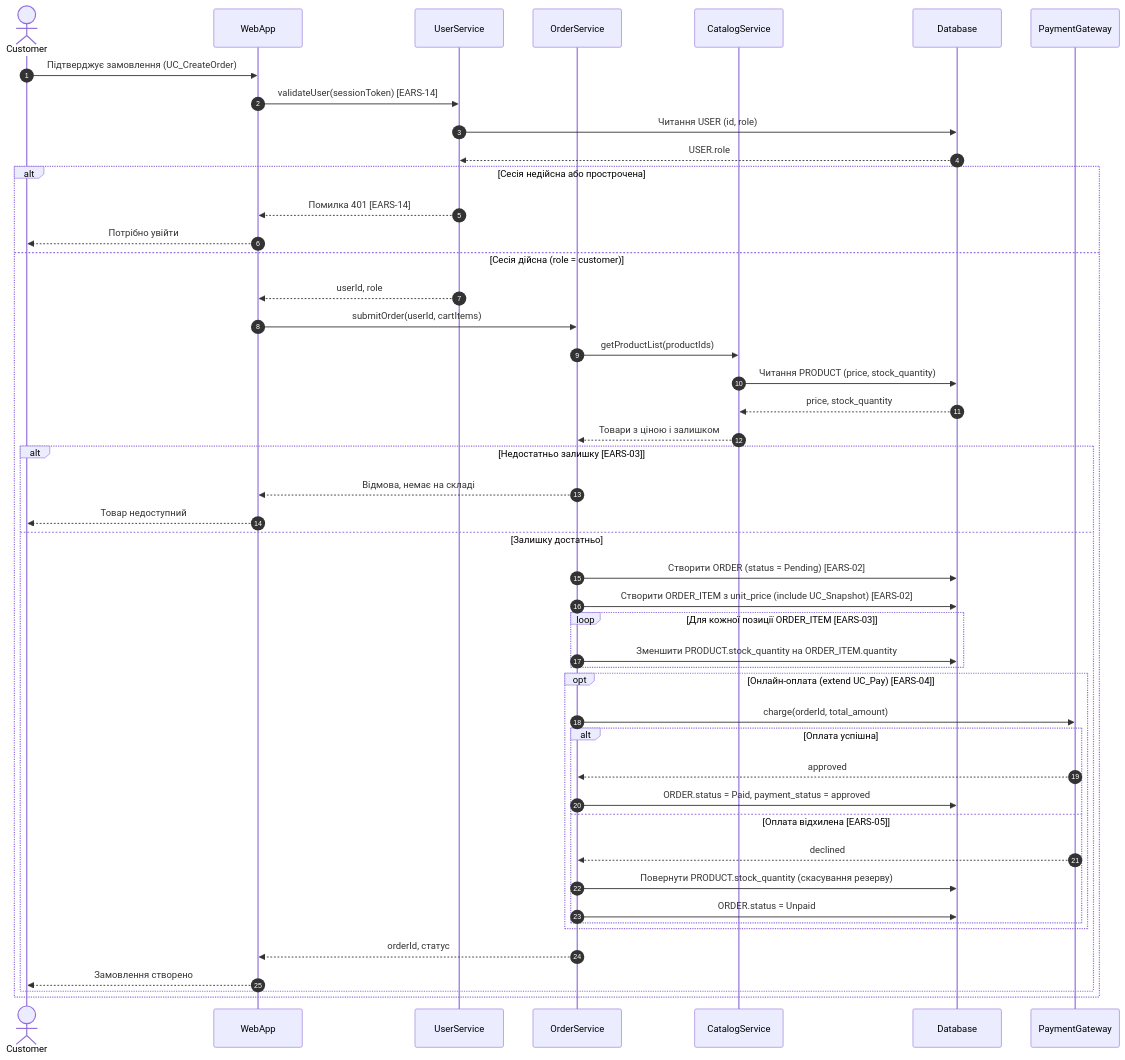
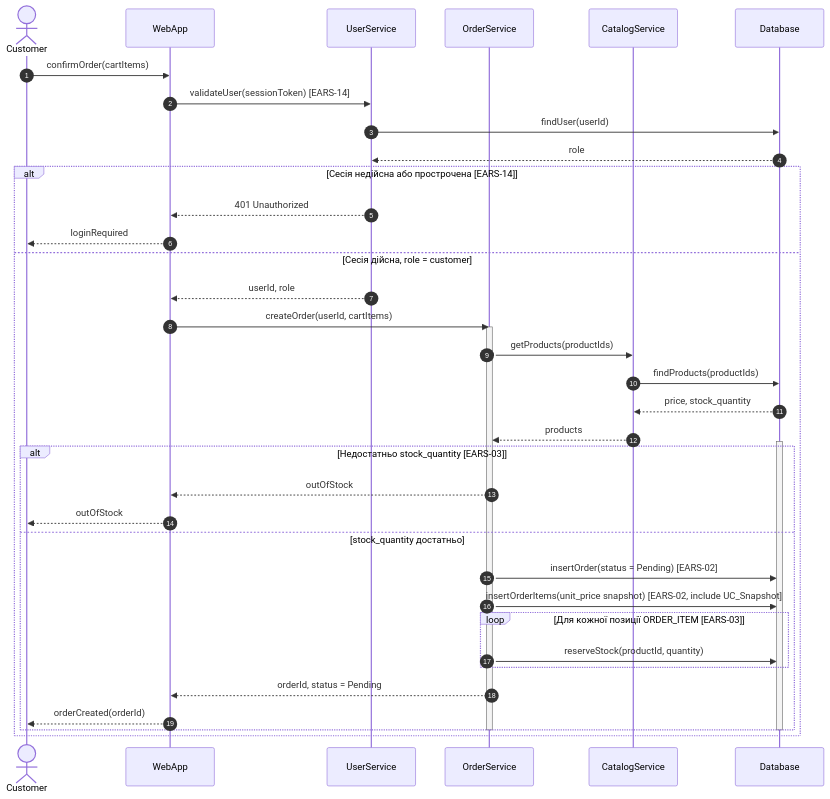
One commit to Stefect/Modeling-and-Analysis-of-Software-Requirements changed the first of 2 diagrams in task-3/sequence.md. Above: the diagram before and after it, drawn with Mermaid. The commit also changed other lines of this file and 3 other files, not shown here.

Commit message:
Оновив sequence-діаграми: розділений на окремі діаграми для кожного сценарію Gherkin, уточнено текст запиту в task-3/prompt-history.md, додав новий документ ADR для обґрунтування рішення.

````diff
--- a/task-3/sequence.md
+++ b/task-3/sequence.md
@@ -5,50 +11,42 @@
 ```mermaid
 sequenceDiagram
     autonumber
     actor Customer
     participant WebApp
     participant UserService
     participant OrderService
     participant CatalogService
     participant Database
-    participant PaymentGateway
 
-    Customer->>WebApp: Підтверджує замовлення (UC_CreateOrder)
+    Customer->>WebApp: confirmOrder(cartItems)
     WebApp->>UserService: validateUser(sessionToken) [EARS-14]
-    UserService->>Database: Читання USER (id, role)
-    Database-->>UserService: USER.role
-    alt Сесія недійсна або прострочена
-        UserService-->>WebApp: Помилка 401 [EARS-14]
-        WebApp-->>Customer: Потрібно увійти
-    else Сесія дійсна (role = customer)
+    UserService->>Database: findUser(userId)
+    Database-->>UserService: role
+    alt Сесія недійсна або прострочена [EARS-14]
+        UserService-->>WebApp: 401 Unauthorized
+        WebApp-->>Customer: loginRequired
+    else Сесія дійсна, role = customer
         UserService-->>WebApp: userId, role
-        WebApp->>OrderService: submitOrder(userId, cartItems)
-        OrderService->>CatalogService: getProductList(productIds)
-        CatalogService->>Database: Читання PRODUCT (price, stock_quantity)
+        WebApp->>OrderService: createOrder(userId, cartItems)
+        activate OrderService
+        OrderService->>CatalogService: getProducts(productIds)
+        CatalogService->>Database: findProducts(productIds)
         Database-->>CatalogService: price, stock_quantity
-        CatalogService-->>OrderService: Товари з ціною і залишком
-        alt Недостатньо залишку [EARS-03]
-            OrderService-->>WebApp: Відмова, немає на складі
-            WebApp-->>Customer: Товар недоступний
-        else Залишку достатньо
-            OrderService->>Database: Створити ORDER (status = Pending) [EARS-02]
-            OrderService->>Database: Створити ORDER_ITEM з unit_price (include UC_Snapshot) [EARS-02]
+        CatalogService-->>OrderService: products
+        activate Database
+        alt Недостатньо stock_quantity [EARS-03]
+            OrderService-->>WebApp: outOfStock
+            WebApp-->>Customer: outOfStock
+        else stock_quantity достатньо
+            OrderService->>Database: insertOrder(status = Pending) [EARS-02]
+            OrderService->>Database: insertOrderItems(unit_price snapshot) [EARS-02, include UC_Snapshot]
             loop Для кожної позиції ORDER_ITEM [EARS-03]
-                OrderService->>Database: Зменшити PRODUCT.stock_quantity на ORDER_ITEM.quantity
+                OrderService->>Database: reserveStock(productId, quantity)
             end
-            opt Онлайн-оплата (extend UC_Pay) [EARS-04]
-                OrderService->>PaymentGateway: charge(orderId, total_amount)
-                alt Оплата успішна
-                    PaymentGateway-->>OrderService: approved
-                    OrderService->>Database: ORDER.status = Paid, payment_status = approved
-                else Оплата відхилена [EARS-05]
-                    PaymentGateway-->>OrderService: declined
-                    OrderService->>Database: Повернути PRODUCT.stock_quantity (скасування резерву)
-                    OrderService->>Database: ORDER.status = Unpaid
-                end
-            end
-            OrderService-->>WebApp: orderId, статус
-            WebApp-->>Customer: Замовлення створено
+            OrderService-->>WebApp: orderId, status = Pending
+            WebApp-->>Customer: orderCreated(orderId)
         end
+        deactivate Database
+        deactivate OrderService
     end
 ```
````
